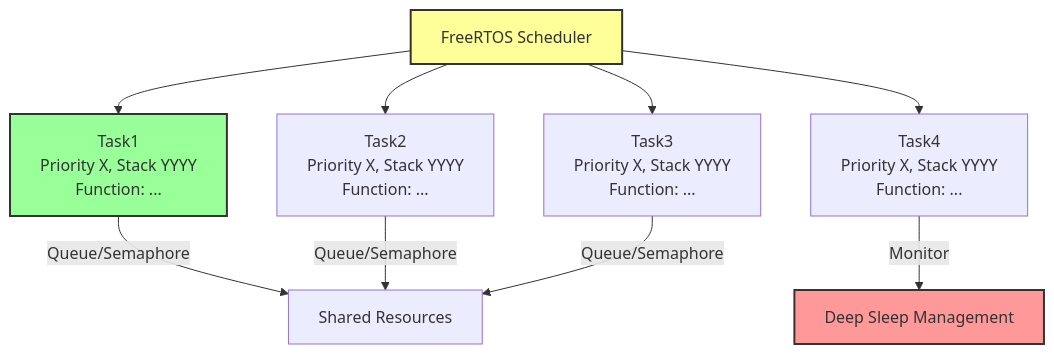
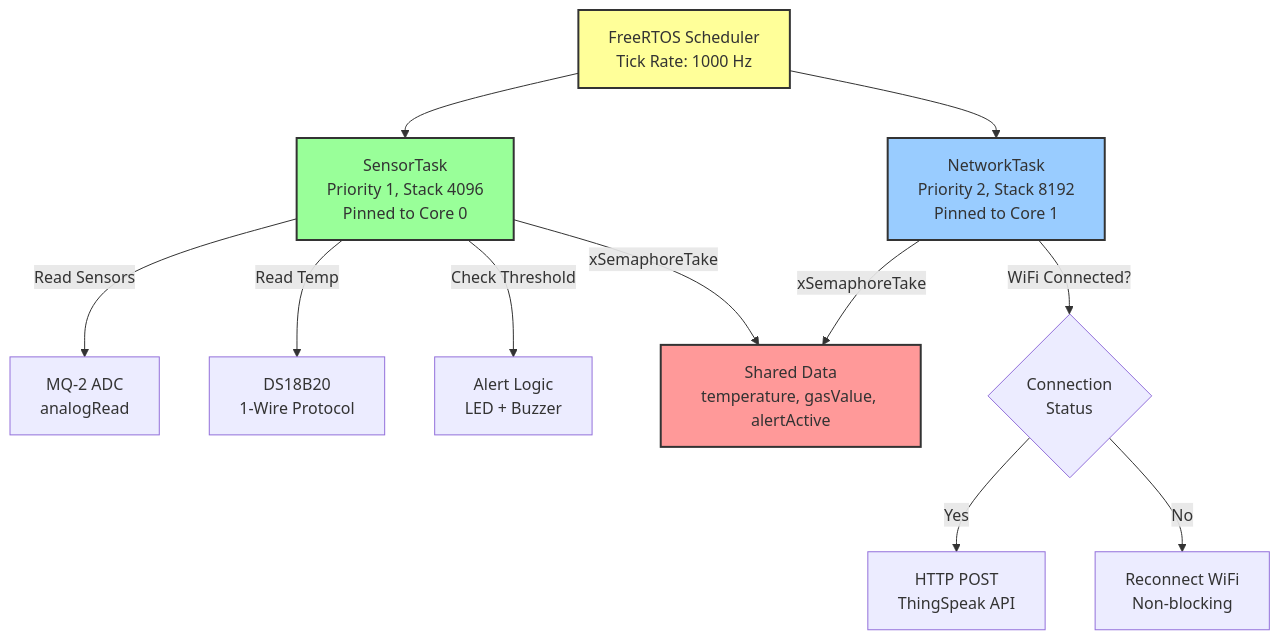
The second of 3 diagrams in SistemWaktuNyata/README.md (ficrammanifur/esp32c3-oled-weather), drawn with Mermaid before and after one commit. The commit also changed other lines of this file, not shown here.

````diff
--- a/SistemWaktuNyata/README.md
+++ b/SistemWaktuNyata/README.md
@@ -133,14 +231,17 @@
 ```mermaid
 graph TB
-    A[FreeRTOS Scheduler] --> B[Task1<br/>Priority X, Stack YYYY<br/>Function: ...]
-    A --> C[Task2<br/>Priority X, Stack YYYY<br/>Function: ...]
-    A --> D[Task3<br/>Priority X, Stack YYYY<br/>Function: ...]
-    A --> E[Task4<br/>Priority X, Stack YYYY<br/>Function: ...]
-    B -->|Queue/Semaphore| F[Shared Resources]
-    C -->|Queue/Semaphore| F
-    D -->|Queue/Semaphore| F
-    E -->|Monitor| G[Deep Sleep Management]
+    A[FreeRTOS Scheduler<br/>Tick Rate: 1000 Hz] --> B[SensorTask<br/>Priority 1, Stack 4096<br/>Pinned to Core 0]
+    A --> C[NetworkTask<br/>Priority 2, Stack 8192<br/>Pinned to Core 1]
+    B -->|Read Sensors| D[MQ-2 ADC<br/>analogRead]
+    B -->|Read Temp| E[DS18B20<br/>1-Wire Protocol]
+    B -->|Check Threshold| F[Alert Logic<br/>LED + Buzzer]
+    B -->|xSemaphoreTake| G[Shared Data<br/>temperature, gasValue, alertActive]
+    C -->|xSemaphoreTake| G
+    C -->|WiFi Connected?| H{Connection<br/>Status}
+    H -->|Yes| I[HTTP POST<br/>ThingSpeak API]
+    H -->|No| J[Reconnect WiFi<br/>Non-blocking]
     style A fill:#ff9,stroke:#333,stroke-width:2px
     style B fill:#9f9,stroke:#333,stroke-width:2px
+    style C fill:#9cf,stroke:#333,stroke-width:2px
     style G fill:#f99,stroke:#333,stroke-width:2px
 ```
````
